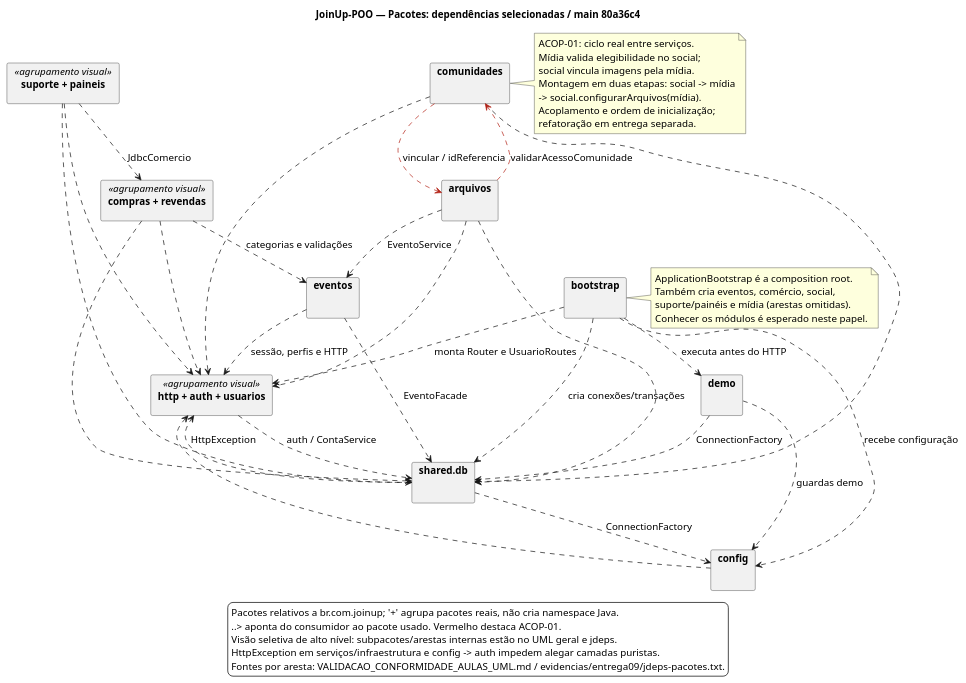
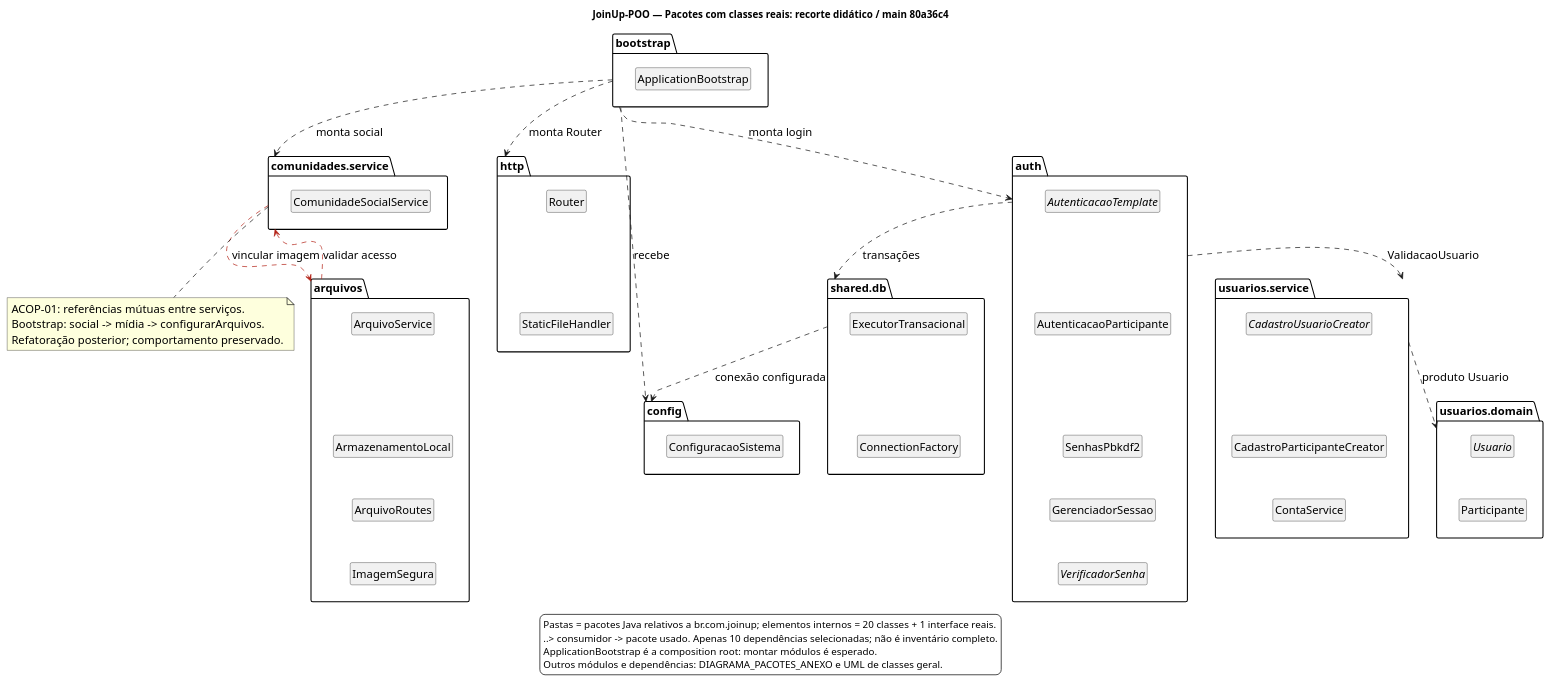
One commit to ericjs-code/JoinUp-POO changed the diagram in docs/ra2/DIAGRAMA_PACOTES.puml. Above: the diagram before and after it, drawn with PlantUML. The commit also changed 29 other files, not shown here.

Commit message:
docs: alinha UML a auditoria didatica do PR 11

```diff
--- a/docs/ra2/DIAGRAMA_PACOTES.puml
+++ b/docs/ra2/DIAGRAMA_PACOTES.puml
@@ -1,83 +1,86 @@
 @startuml
-title JoinUp-POO — Pacotes: dependências selecionadas / main 80a36c4
+title JoinUp-POO — Pacotes com classes reais: recorte didático / main 80a36c4
 skinparam shadowing false
 skinparam backgroundColor white
 skinparam defaultFontName Arial
-skinparam defaultFontSize 14
-skinparam packageStyle rectangle
-skinparam nodesep 35
-skinparam ranksep 45
+skinparam defaultFontSize 16
+skinparam packageStyle folder
+skinparam nodesep 20
+skinparam ranksep 20
+hide members
+hide circle
 top to bottom direction
-
 package "bootstrap" as boot {
+  class ApplicationBootstrap
 }
-package "http + auth + usuarios" as entrada <<agrupamento visual>> {
+package "http" as http {
+  class Router
+  class StaticFileHandler
 }
-package "eventos" as eventos {
+package "config" as config {
+  class ConfiguracaoSistema
 }
-package "compras + revendas" as comercio <<agrupamento visual>> {
+package "auth" as auth {
+  abstract class AutenticacaoTemplate
+  class AutenticacaoParticipante
+  class SenhasPbkdf2
+  class GerenciadorSessao
+  interface VerificadorSenha
 }
-package "comunidades" as social {
+package "usuarios.service" as users {
+  abstract class CadastroUsuarioCreator
+  class CadastroParticipanteCreator
+  class ContaService
+}
+package "usuarios.domain" as domain {
+  abstract class Usuario
+  class Participante
+}
+package "shared.db" as db {
+  class ExecutorTransacional
+  class ConnectionFactory
+}
+package "comunidades.service" as social {
+  class ComunidadeSocialService
 }
 package "arquivos" as midia {
+  class ArquivoService
+  class ArmazenamentoLocal
+  class ArquivoRoutes
+  class ImagemSegura
 }
-package "suporte + paineis" as suporte <<agrupamento visual>> {
-}
-package "shared.db" as db {
-}
-package "config" as config {
-}
-package "demo" as demo {
-}
-
-boot ..> entrada : monta Router e UsuarioRoutes
-boot ..> config : recebe configuração
-boot ..> db : cria conexões/transações
-boot ..> demo : executa antes do HTTP
-entrada ..> db : auth / ContaService
-eventos ..> entrada : sessão, perfis e HTTP
-comercio ..> entrada
-social ..> entrada
-midia ..> entrada
-suporte ..> entrada
-eventos ..> db : EventoFacade
-comercio ..> db
-social ..> db
-midia ..> db
-suporte ..> db
-comercio ..> eventos : categorias e validações
-midia ..> eventos : EventoService
-suporte ..> comercio : JdbcComercio
-social ..[#B42318]> midia : vincular / idReferencia
-midia ..[#B42318]> social : validarAcessoComunidade
-db ..> config : ConnectionFactory
-db ..> entrada : HttpException
-config ..> entrada
-demo ..> db : ConnectionFactory
-demo ..> config : guardas demo
-
-note right of boot
-  ApplicationBootstrap é a composition root.
-  Também cria eventos, comércio, social,
-  suporte/painéis e mídia (arestas omitidas).
-  Conhecer os módulos é esperado neste papel.
+boot ..> http : monta Router
+boot ..> auth : monta login
+boot ..> social : monta social
+boot ..> config : recebe
+auth ..> users : ValidacaoUsuario
+users ..> domain : produto Usuario
+auth ..> db : transações
+db ..> config : conexão configurada
+social ..[#B42318]> midia : vincular imagem
+midia ..[#B42318]> social : validar acesso
+' Restrições invisíveis servem apenas à disposição, não são dependências.
+Router -[hidden]down- StaticFileHandler
+AutenticacaoTemplate -[hidden]down- AutenticacaoParticipante
+AutenticacaoParticipante -[hidden]down- SenhasPbkdf2
+SenhasPbkdf2 -[hidden]down- GerenciadorSessao
+GerenciadorSessao -[hidden]down- VerificadorSenha
+CadastroUsuarioCreator -[hidden]down- CadastroParticipanteCreator
+CadastroParticipanteCreator -[hidden]down- ContaService
+Usuario -[hidden]down- Participante
+ExecutorTransacional -[hidden]down- ConnectionFactory
+ArquivoService -[hidden]down- ArmazenamentoLocal
+ArmazenamentoLocal -[hidden]down- ArquivoRoutes
+ArquivoRoutes -[hidden]down- ImagemSegura
+note bottom of social
+  ACOP-01: referências mútuas entre serviços.
+  Bootstrap: social -> mídia -> configurarArquivos.
+  Refatoração posterior; comportamento preservado.
 end note
-
-note right of social
-  ACOP-01: ciclo real entre serviços.
-  Mídia valida elegibilidade no social;
-  social vincula imagens pela mídia.
-  Montagem em duas etapas: social -> mídia
-  -> social.configurarArquivos(mídia).
-  Acoplamento e ordem de inicialização;
-  refatoração em entrega separada.
-end note
-
 legend bottom
-  Pacotes relativos a br.com.joinup; '+' agrupa pacotes reais, não cria namespace Java.
-  ..> aponta do consumidor ao pacote usado. Vermelho destaca ACOP-01.
-  Visão seletiva de alto nível: subpacotes/arestas internas estão no UML geral e jdeps.
-  HttpException em serviços/infraestrutura e config -> auth impedem alegar camadas puristas.
-  Fontes por aresta: VALIDACAO_CONFORMIDADE_AULAS_UML.md / evidencias/entrega09/jdeps-pacotes.txt.
+  Pastas = pacotes Java relativos a br.com.joinup; elementos internos = 20 classes + 1 interface reais.
+  ..> consumidor -> pacote usado. Apenas 10 dependências selecionadas; não é inventário completo.
+  ApplicationBootstrap é a composition root: montar módulos é esperado.
+  Outros módulos e dependências: DIAGRAMA_PACOTES_ANEXO e UML de classes geral.
 endlegend
 @enduml
```
